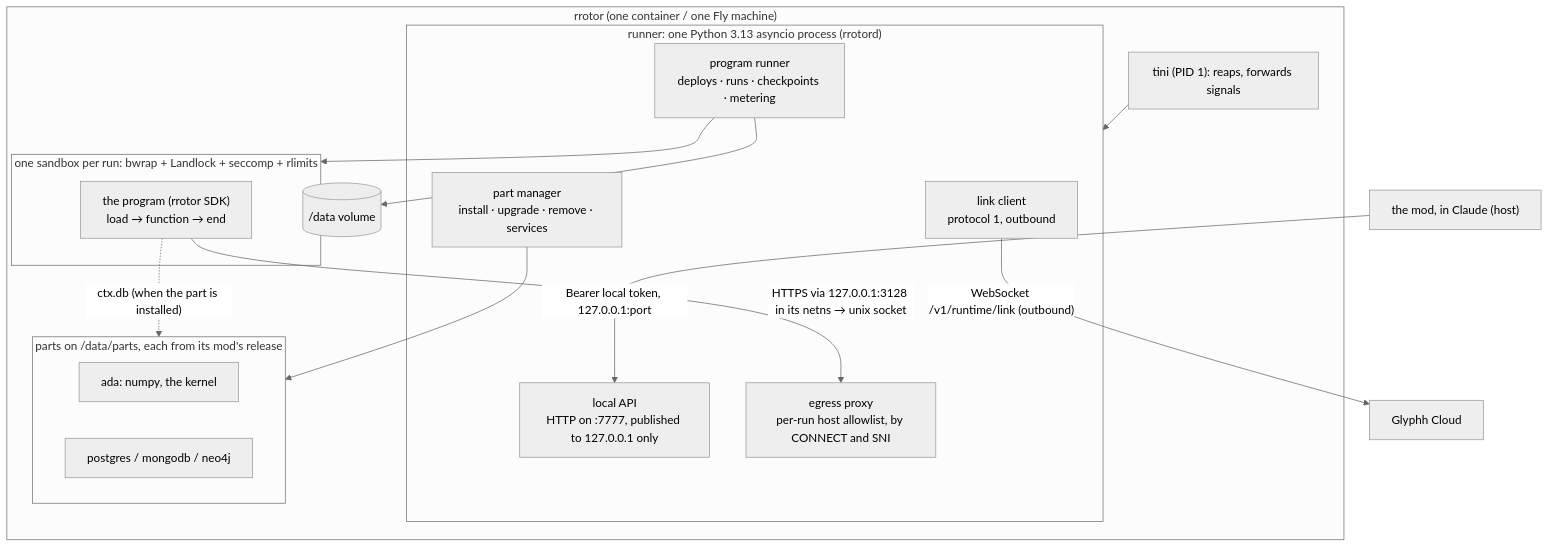
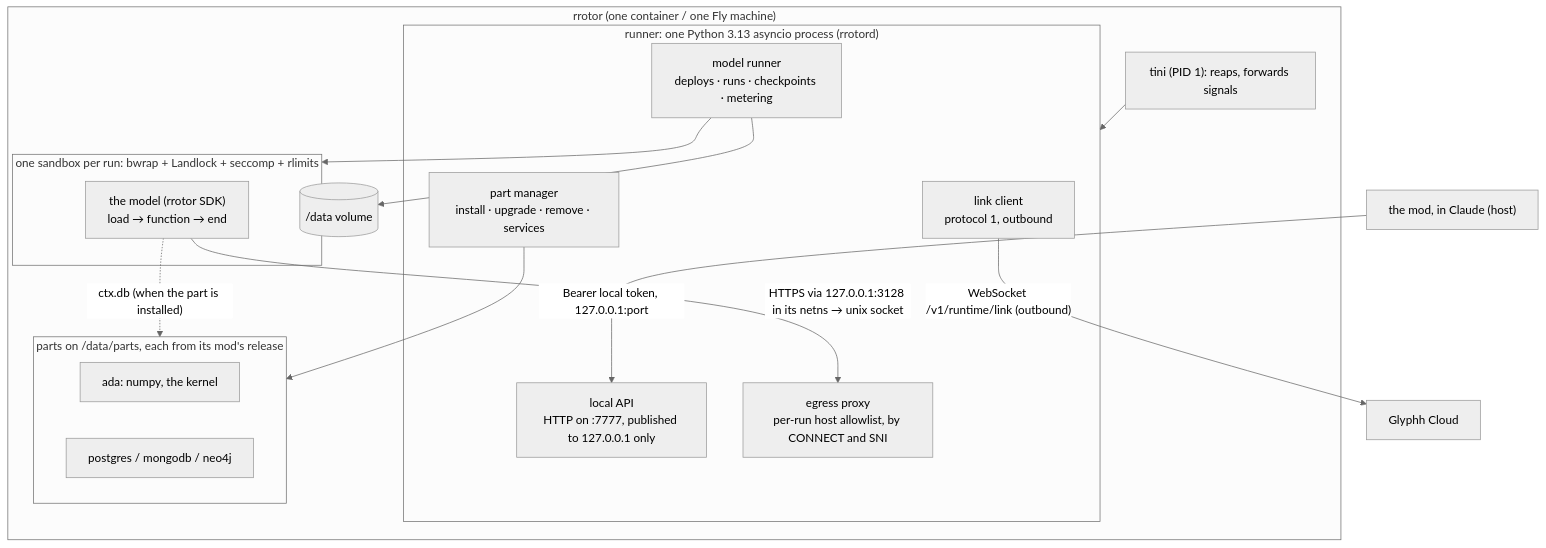
Diagram 12 of 13 in docs/architecture.md (glyphh-ai/rrotor), drawn with Mermaid (neutral theme) before and after one commit. The commit also changed other lines of this file and 63 other files, not shown here.

First line of the commit message:
Rename program to model

````diff
--- a/docs/architecture.md
+++ b/docs/architecture.md
@@ -458,31 +458,31 @@
 ```mermaid
 flowchart TB
     subgraph R["rrotor (one container / one Fly machine)"]
         Tini["tini (PID 1): reaps, forwards signals"]
         subgraph Runner["runner: one Python 3.13 asyncio process (rrotord)"]
             Link["link client<br/>protocol 1, outbound"]
             Local["local API<br/>HTTP on :7777, published to 127.0.0.1 only"]
-            Engine["program runner<br/>deploys · runs · checkpoints · metering"]
+            Engine["model runner<br/>deploys · runs · checkpoints · metering"]
             Proxy["egress proxy<br/>per-run host allowlist, by CONNECT and SNI"]
             Parts["part manager<br/>install · upgrade · remove · services"]
         end
         subgraph Sandbox["one sandbox per run: bwrap + Landlock + seccomp + rlimits"]
-            Prog["the program (rrotor SDK)<br/>load → function → end"]
+            Prog["the model (rrotor SDK)<br/>load → function → end"]
         end
         subgraph PartsBox["parts on /data/parts, each from its mod's release"]
             PAda["ada: numpy, the kernel"]
             PDB["postgres / mongodb / neo4j"]
         end
         Data[("/data volume")]
         Tini --> Runner
         Engine --> Sandbox
         Parts --> PartsBox
         Prog -- "HTTPS via 127.0.0.1:3128 in its netns → unix socket" --> Proxy
         Prog -. "ctx.db (when the part is installed)" .-> PartsBox
         Engine --> Data
     end
     Mod["the mod, in Claude (host)"]
     Cloud["Glyphh Cloud"]
     Link -- "WebSocket /v1/runtime/link (outbound)" --> Cloud
     Mod -- "Bearer local token, 127.0.0.1:port" --> Local
 ```
````
